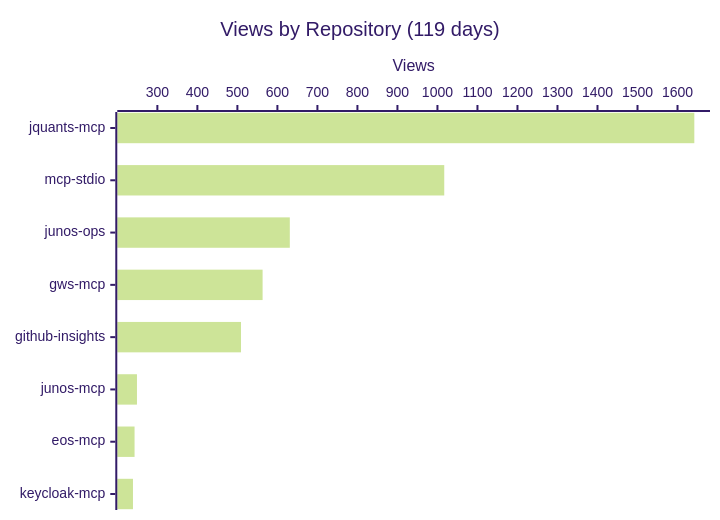
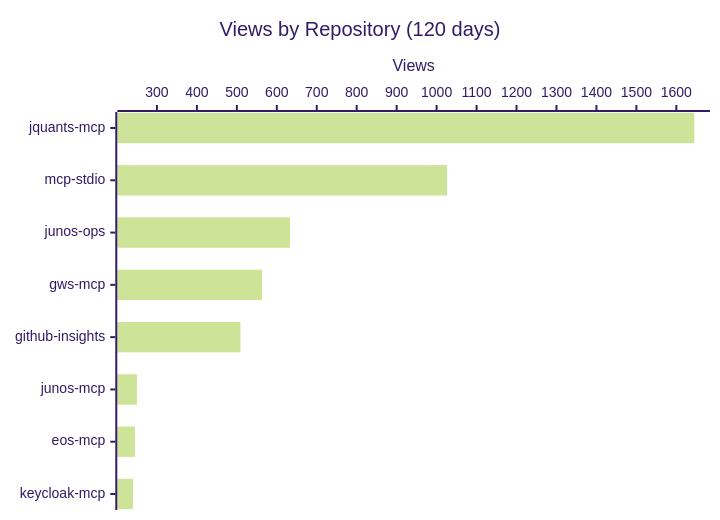
The first of 4 diagrams in README.md (shigechika/github-insights), drawn with Mermaid (forest theme) before and after one commit. The commit also changed other lines of this file and 2 other files, not shown here.

````diff
--- a/README.md
+++ b/README.md
@@ -18,7 +18,7 @@
 ```mermaid
 xychart-beta horizontal
-    title "Views by Repository (119 days)"
+    title "Views by Repository (120 days)"
     x-axis ["jquants-mcp", "mcp-stdio", "junos-ops", "gws-mcp", "github-insights", "junos-mcp", "eos-mcp", "keycloak-mcp"]
     y-axis "Views"
-    bar [1642, 1017, 631, 563, 509, 249, 243, 239]
+    bar [1645, 1026, 633, 563, 509, 250, 245, 240]
 ```
````
